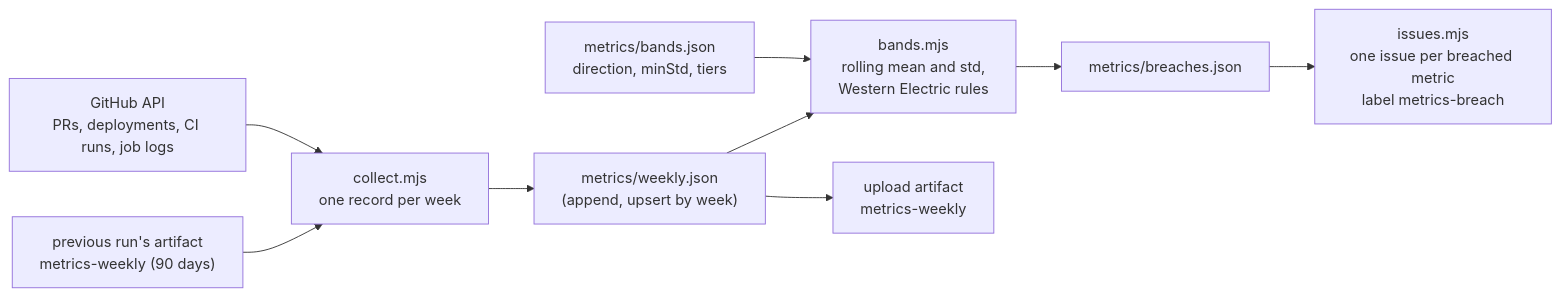
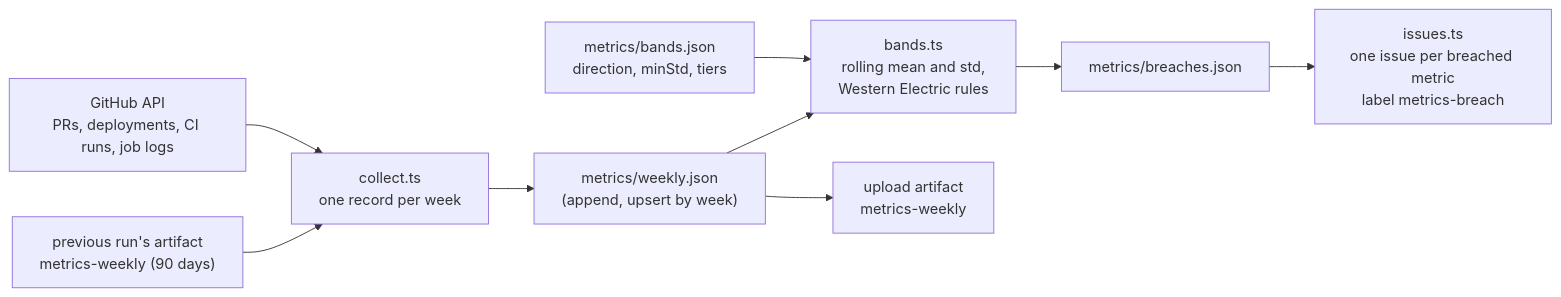
Before and after one commit to erikunha/portfolio: the fifth of 6 diagrams in docs/07-workflows.md, drawn with Mermaid. The commit also changed other lines of this file and 1454 other files, not shown here.

First line of the commit message:
refactor(architecture): milestones M0 to M14 and native ci:full (#423)

````diff
--- a/docs/07-workflows.md
+++ b/docs/07-workflows.md
@@ -290,11 +255,11 @@
 ```mermaid
 flowchart LR
     prev["previous run's artifact<br/>metrics-weekly (90 days)"] --> collect
-    api["GitHub API<br/>PRs, deployments, CI runs, job logs"] --> collect["collect.mjs<br/>one record per week"]
+    api["GitHub API<br/>PRs, deployments, CI runs, job logs"] --> collect["collect.ts<br/>one record per week"]
     collect --> hist["metrics/weekly.json<br/>(append, upsert by week)"]
-    hist --> bands["bands.mjs<br/>rolling mean and std,<br/>Western Electric rules"]
+    hist --> bands["bands.ts<br/>rolling mean and std,<br/>Western Electric rules"]
     cfg["metrics/bands.json<br/>direction, minStd, tiers"] --> bands
     bands --> rep["metrics/breaches.json"]
     hist --> art["upload artifact<br/>metrics-weekly"]
-    rep --> issues["issues.mjs<br/>one issue per breached metric<br/>label metrics-breach"]
+    rep --> issues["issues.ts<br/>one issue per breached metric<br/>label metrics-breach"]
 ```
````
